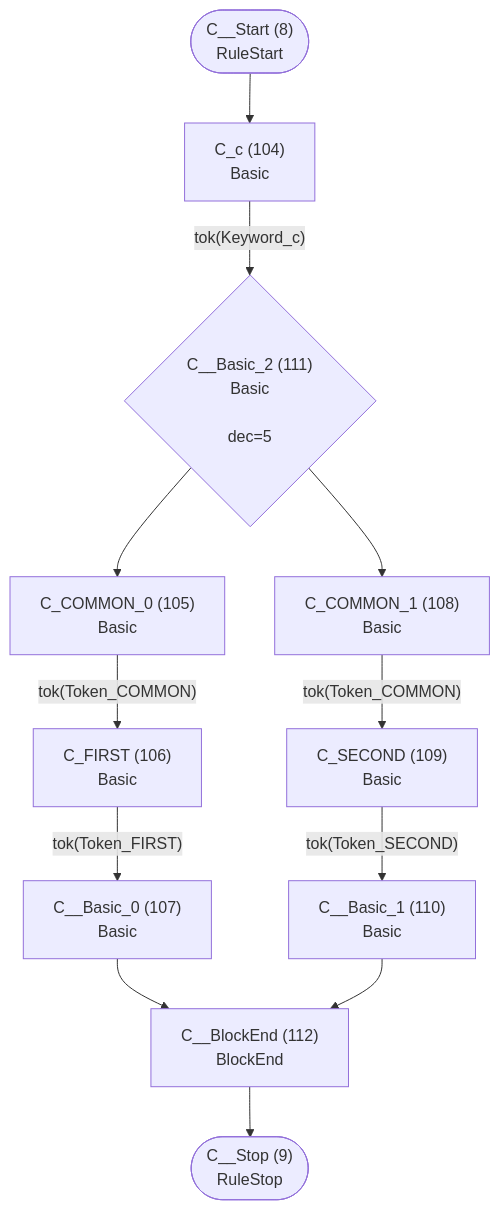
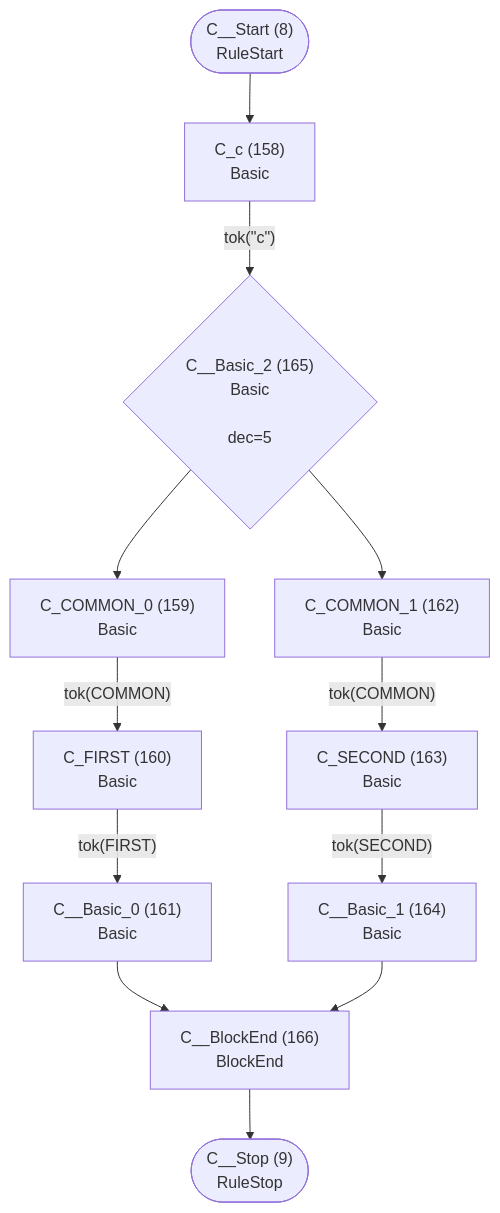
One commit to TypeFox/fastbelt changed the fifth of 41 diagrams in internal/languages/completion/atn.md. Above: the diagram before and after it, drawn with Mermaid. The commit also changed other lines of this file and 36 other files, not shown here.

````diff
--- a/internal/languages/completion/atn.md
+++ b/internal/languages/completion/atn.md
@@ -180,26 +225,26 @@
 ```mermaid
 flowchart TD
     q8(["C__Start (8)<br/>RuleStart"])
     q9(["C__Stop (9)<br/>RuleStop"])
-    q104["C_c (104)<br/>Basic<br/>"]
-    q105["C_COMMON_0 (105)<br/>Basic<br/>"]
-    q106["C_FIRST (106)<br/>Basic<br/>"]
-    q107["C__Basic_0 (107)<br/>Basic<br/>"]
-    q108["C_COMMON_1 (108)<br/>Basic<br/>"]
-    q109["C_SECOND (109)<br/>Basic<br/>"]
-    q110["C__Basic_1 (110)<br/>Basic<br/>"]
-    q111{"C__Basic_2 (111)<br/>Basic<br/><br/>dec=5"}
-    q112["C__BlockEnd (112)<br/>BlockEnd<br/>"]
+    q158["C_c (158)<br/>Basic<br/>"]
+    q159["C_COMMON_0 (159)<br/>Basic<br/>"]
+    q160["C_FIRST (160)<br/>Basic<br/>"]
+    q161["C__Basic_0 (161)<br/>Basic<br/>"]
+    q162["C_COMMON_1 (162)<br/>Basic<br/>"]
+    q163["C_SECOND (163)<br/>Basic<br/>"]
+    q164["C__Basic_1 (164)<br/>Basic<br/>"]
+    q165{"C__Basic_2 (165)<br/>Basic<br/><br/>dec=5"}
+    q166["C__BlockEnd (166)<br/>BlockEnd<br/>"]
 
-    q8 --> q104
-    q104 -->|"tok(Keyword_c)"| q111
-    q105 -->|"tok(Token_COMMON)"| q106
-    q106 -->|"tok(Token_FIRST)"| q107
-    q107 --> q112
-    q108 -->|"tok(Token_COMMON)"| q109
-    q109 -->|"tok(Token_SECOND)"| q110
-    q110 --> q112
-    q111 --> q105
-    q111 --> q108
-    q112 --> q9
+    q8 --> q158
+    q158 -->|"tok(&quot;c&quot;)"| q165
+    q159 -->|"tok(COMMON)"| q160
+    q160 -->|"tok(FIRST)"| q161
+    q161 --> q166
+    q162 -->|"tok(COMMON)"| q163
+    q163 -->|"tok(SECOND)"| q164
+    q164 --> q166
+    q165 --> q159
+    q165 --> q162
+    q166 --> q9
 ```
````
